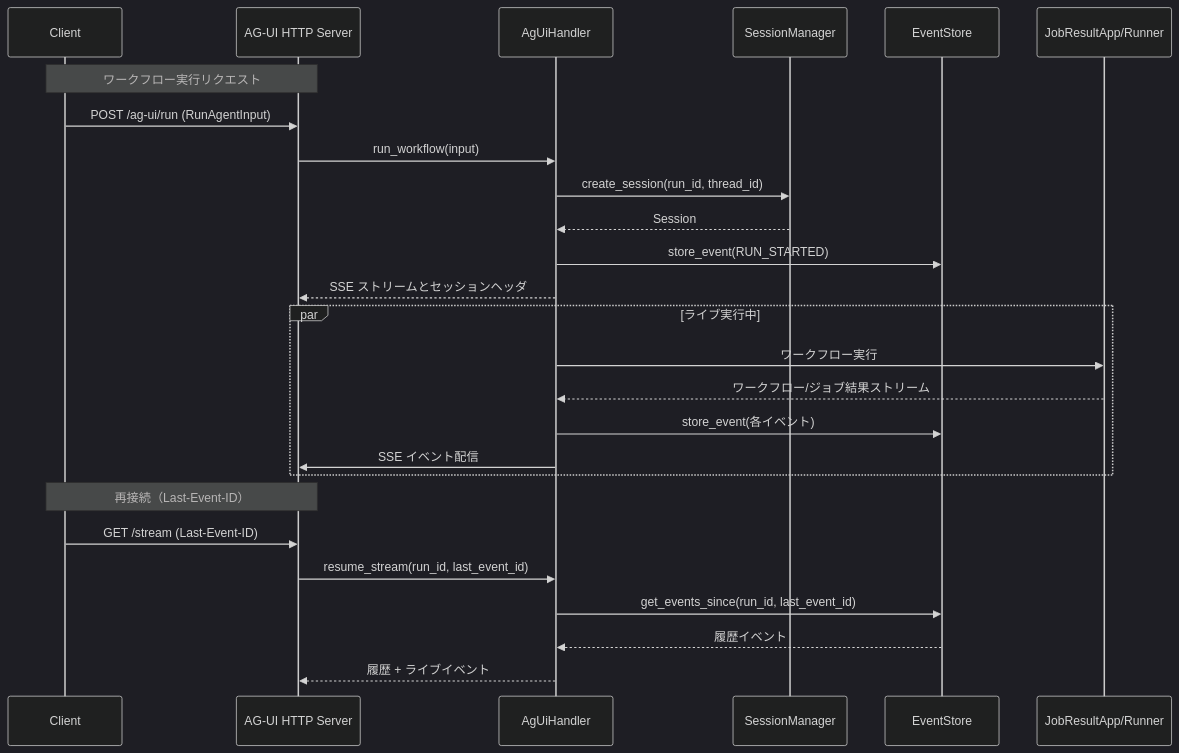
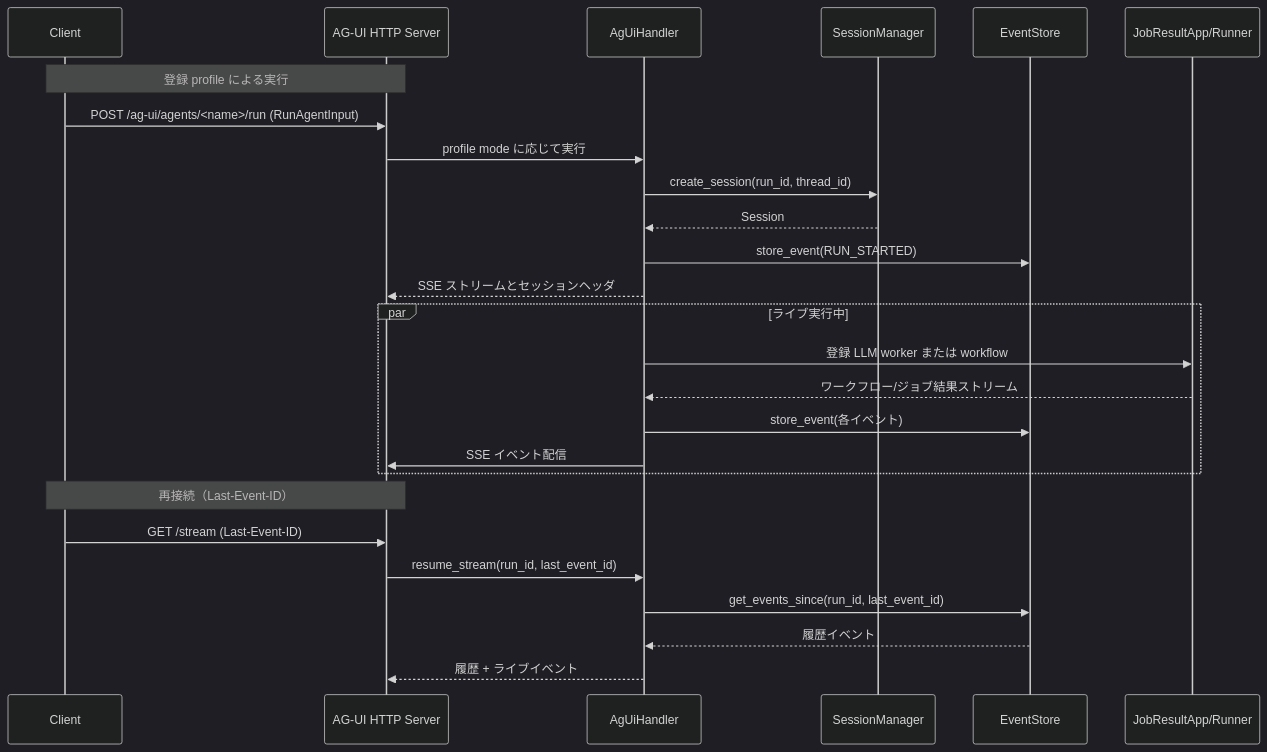
One commit to jobworkerp-rs/jobworkerp-rs changed the diagram in ag-ui-front/README_ja.md. Above: the diagram before and after it, drawn with Mermaid (dark theme). The commit also changed other lines of this file and 86 other files, not shown here.

````diff
--- a/ag-ui-front/README_ja.md
+++ b/ag-ui-front/README_ja.md
@@ -190,31 +186,31 @@
 ```mermaid
 sequenceDiagram
     participant Client
     participant HTTP as AG-UI HTTP Server
     participant Handler as AgUiHandler
     participant Session as SessionManager
     participant EventStore as EventStore
     participant JobApp as JobResultApp/Runner
 
-    Note over Client,HTTP: ワークフロー実行リクエスト
-    Client->>HTTP: POST /ag-ui/run (RunAgentInput)
-    HTTP->>Handler: run_workflow(input)
+    Note over Client,HTTP: 登録 profile による実行
+    Client->>HTTP: POST /ag-ui/agents/<name>/run (RunAgentInput)
+    HTTP->>Handler: profile mode に応じて実行
     Handler->>Session: create_session(run_id, thread_id)
     Session-->>Handler: Session
     Handler->>EventStore: store_event(RUN_STARTED)
     Handler-->>HTTP: SSE ストリームとセッションヘッダ
 
     par ライブ実行中
-        Handler->>JobApp: ワークフロー実行
+        Handler->>JobApp: 登録 LLM worker または workflow
         JobApp-->>Handler: ワークフロー/ジョブ結果ストリーム
         Handler->>EventStore: store_event(各イベント)
         Handler->>HTTP: SSE イベント配信
     end
 
     Note over Client,HTTP: 再接続（Last-Event-ID）
     Client->>HTTP: GET /stream (Last-Event-ID)
     HTTP->>Handler: resume_stream(run_id, last_event_id)
     Handler->>EventStore: get_events_since(run_id, last_event_id)
     EventStore-->>Handler: 履歴イベント
     Handler-->>HTTP: 履歴 + ライブイベント
 ```
````
